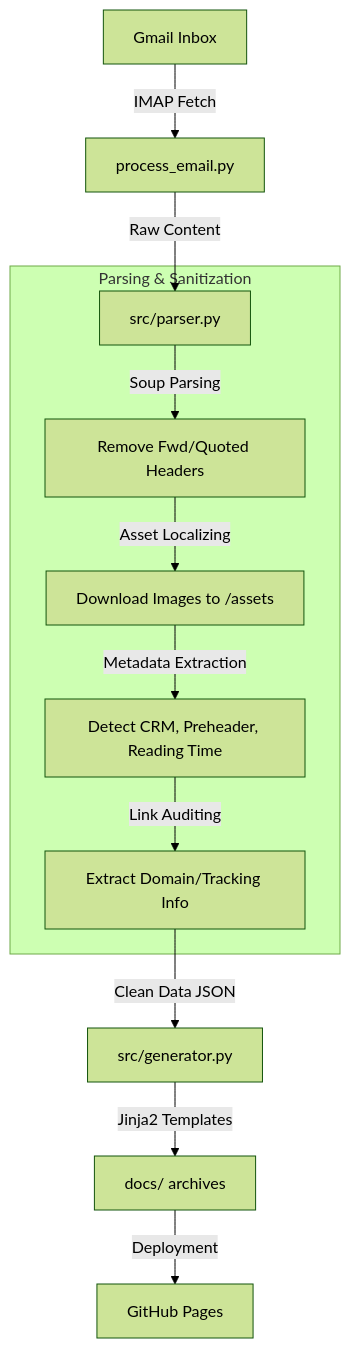
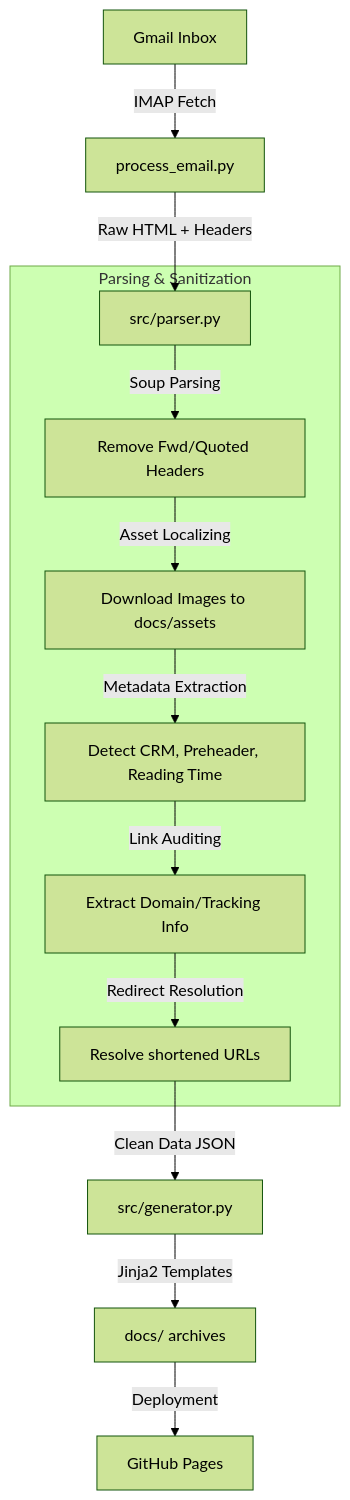
Before and after one commit to getinside-ops/archive-news: the diagram in README.md, drawn with Mermaid (forest theme). The commit also changed other lines of this file, not shown here.

````diff
--- a/README.md
+++ b/README.md
@@ -12,16 +17,17 @@
 ```mermaid
 graph TD;
     A[Gmail Inbox] -- "IMAP Fetch" --> B[process_email.py];
-    B -- "Raw Content" --> C[src/parser.py];
-    
+    B -- "Raw HTML + Headers" --> C[src/parser.py];
+
     subgraph "Parsing & Sanitization"
         C -- "Soup Parsing" --> C1[Remove Fwd/Quoted Headers];
-        C1 -- "Asset Localizing" --> C2[Download Images to /assets];
+        C1 -- "Asset Localizing" --> C2[Download Images to docs/assets];
         C2 -- "Metadata Extraction" --> C3[Detect CRM, Preheader, Reading Time];
         C3 -- "Link Auditing" --> C4[Extract Domain/Tracking Info];
+        C4 -- "Redirect Resolution" --> C5[Resolve shortened URLs];
     end
-    
-    C4 -- "Clean Data JSON" --> D[src/generator.py];
+
+    C5 -- "Clean Data JSON" --> D[src/generator.py];
     D -- "Jinja2 Templates" --> E[docs/ archives];
     E -- "Deployment" --> F[GitHub Pages];
 ```
````
